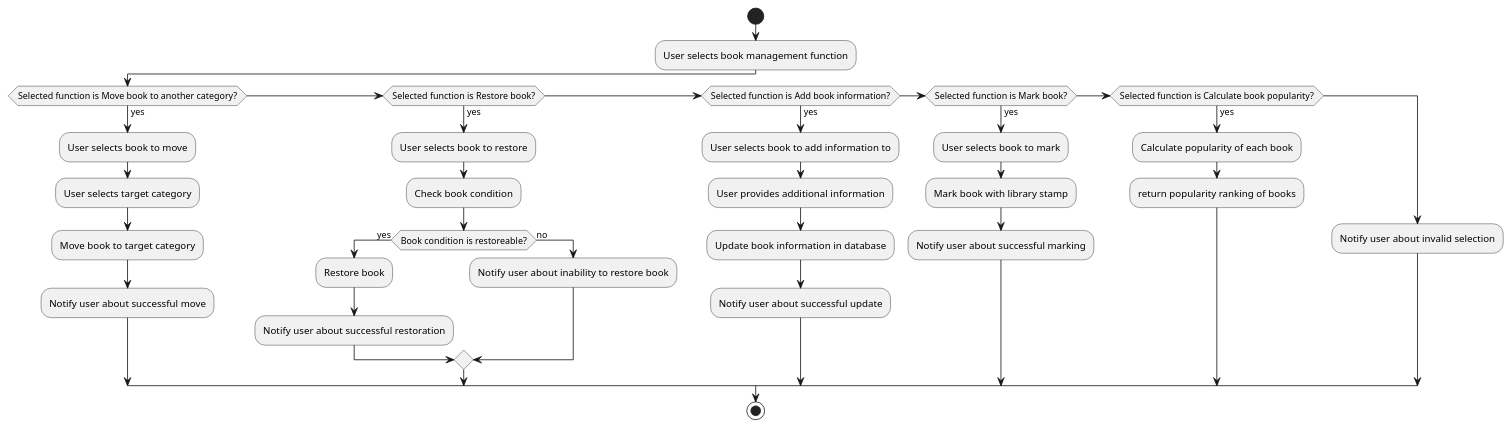
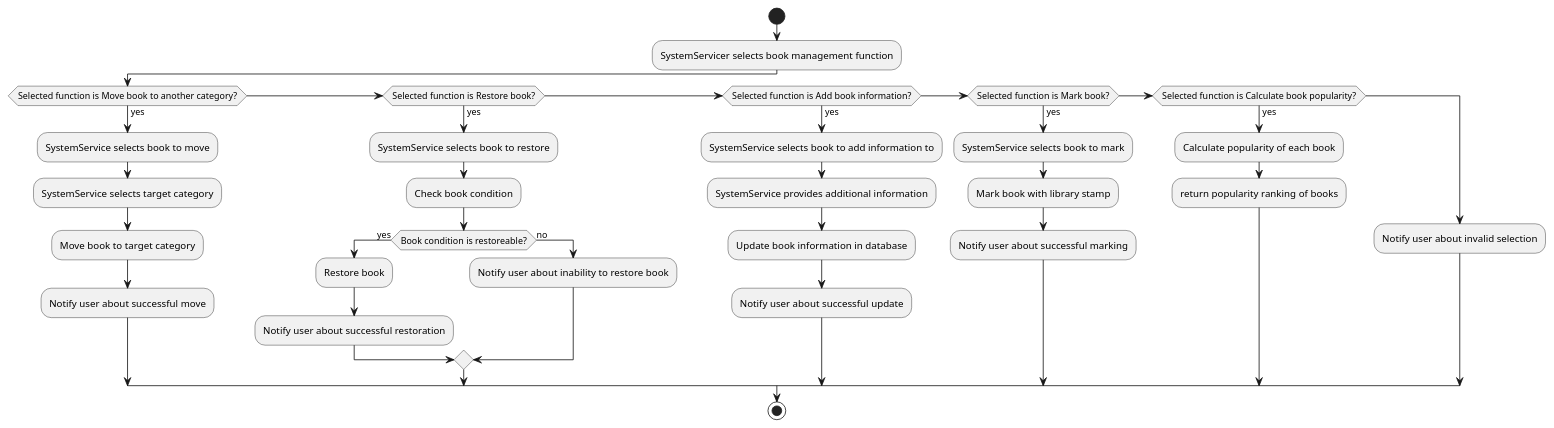
Before and after one commit to JananJavdan/BibliotheekSysteem: the diagram in src/main/java/AnalyseLibrarySystem/FlowchartUseCases/Libraryservice/Library_FunctionalityFlowChart.puml, drawn with PlantUML. The commit also changed 17 other files, not shown here.

```diff
--- a/src/main/java/AnalyseLibrarySystem/FlowchartUseCases/Libraryservice/Library_FunctionalityFlowChart.puml
+++ b/src/main/java/AnalyseLibrarySystem/FlowchartUseCases/Libraryservice/Library_FunctionalityFlowChart.puml
@@ -1,34 +1,34 @@
 @startuml
 start
-:User selects book management function;
+:SystemServicer selects book management function;
 if (Selected function is Move book to another category?) then (yes)
-  :User selects book to move;
-  :User selects target category;
+  :SystemService selects book to move;
+  :SystemService selects target category;
   :Move book to target category;
   :Notify user about successful move;
 elseif (Selected function is Restore book?) then (yes)
-  :User selects book to restore;
+  :SystemService selects book to restore;
   :Check book condition;
   if (Book condition is restoreable?) then (yes)
     :Restore book;
     :Notify user about successful restoration;
   else (no)
     :Notify user about inability to restore book;
   endif
 elseif (Selected function is Add book information?) then (yes)
-  :User selects book to add information to;
-  :User provides additional information;
+  :SystemService selects book to add information to;
+  :SystemService provides additional information;
   :Update book information in database;
   :Notify user about successful update;
 elseif (Selected function is Mark book?) then (yes)
-  :User selects book to mark;
+  :SystemService selects book to mark;
   :Mark book with library stamp;
   :Notify user about successful marking;
 elseif (Selected function is Calculate book popularity?) then (yes)
   :Calculate popularity of each book;
   :return popularity ranking of books;
 else
   :Notify user about invalid selection;
 endif
 stop
 @enduml
```
